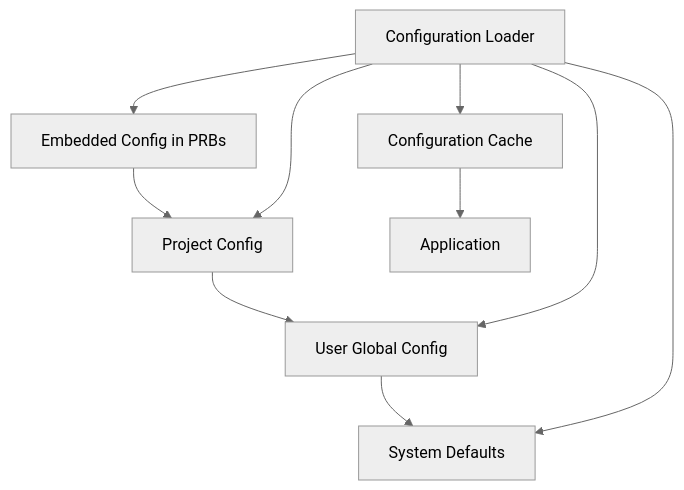
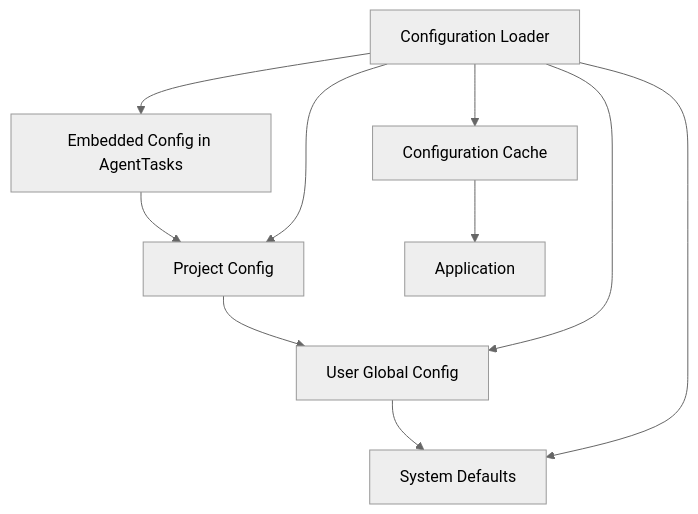
The third of 4 diagrams in docs/architecture.md (intelligentcode-ai/intelligent-claude-code), drawn with Mermaid (neutral theme) before and after one commit. The commit also changed other lines of this file and 27 other files, not shown here.

````diff
--- a/docs/architecture.md
+++ b/docs/architecture.md
@@ -291,14 +291,14 @@
 ```mermaid
 graph TD
-    Embedded[Embedded Config in PRBs] --> Project[Project Config]
+    Embedded[Embedded Config in AgentTasks] --> Project[Project Config]
     Project --> User[User Global Config]
     User --> System[System Defaults]
     
     Config[Configuration Loader] --> Embedded
     Config --> Project
     Config --> User  
     Config --> System
     
     Config --> Cache[Configuration Cache]
     Cache --> App[Application]
 ```
````
